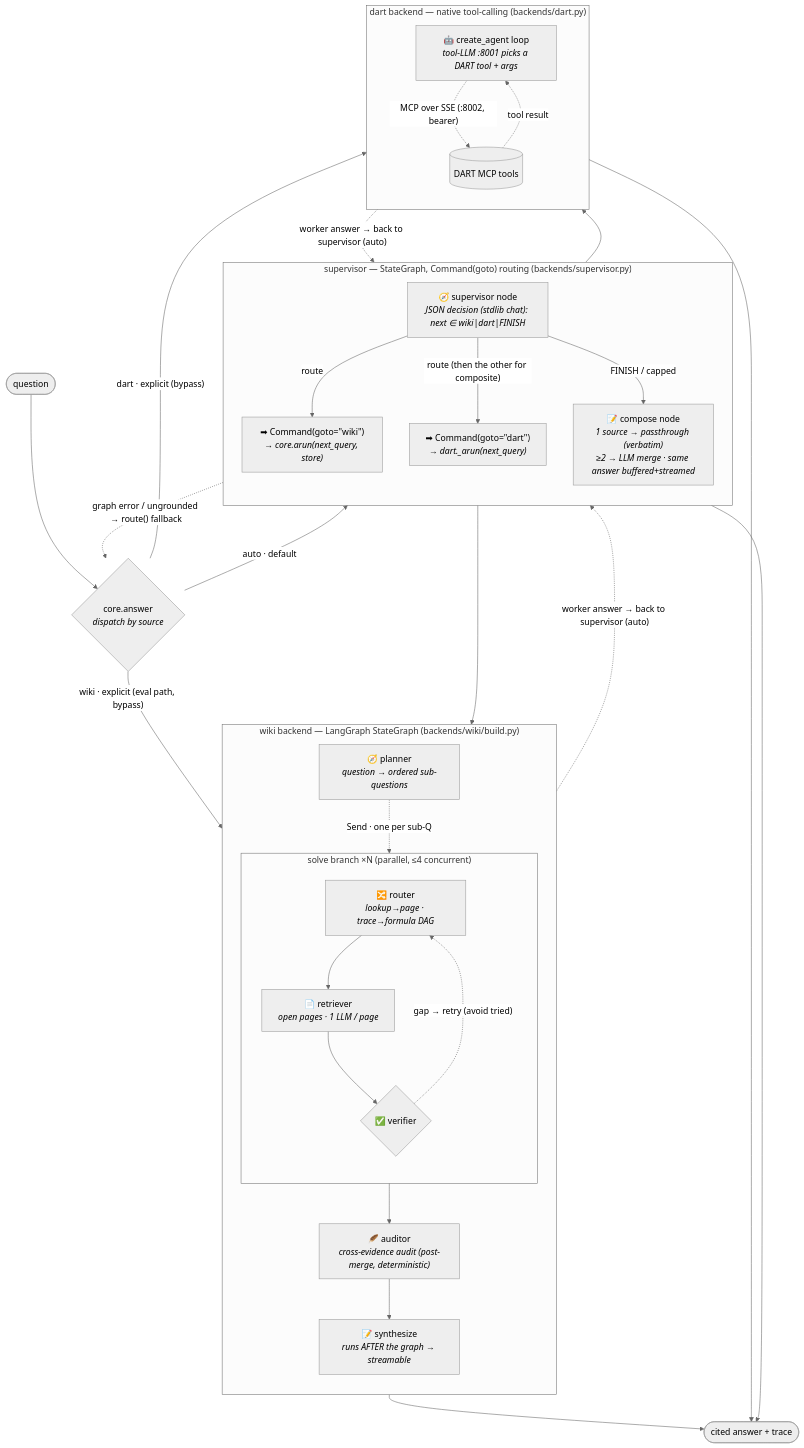
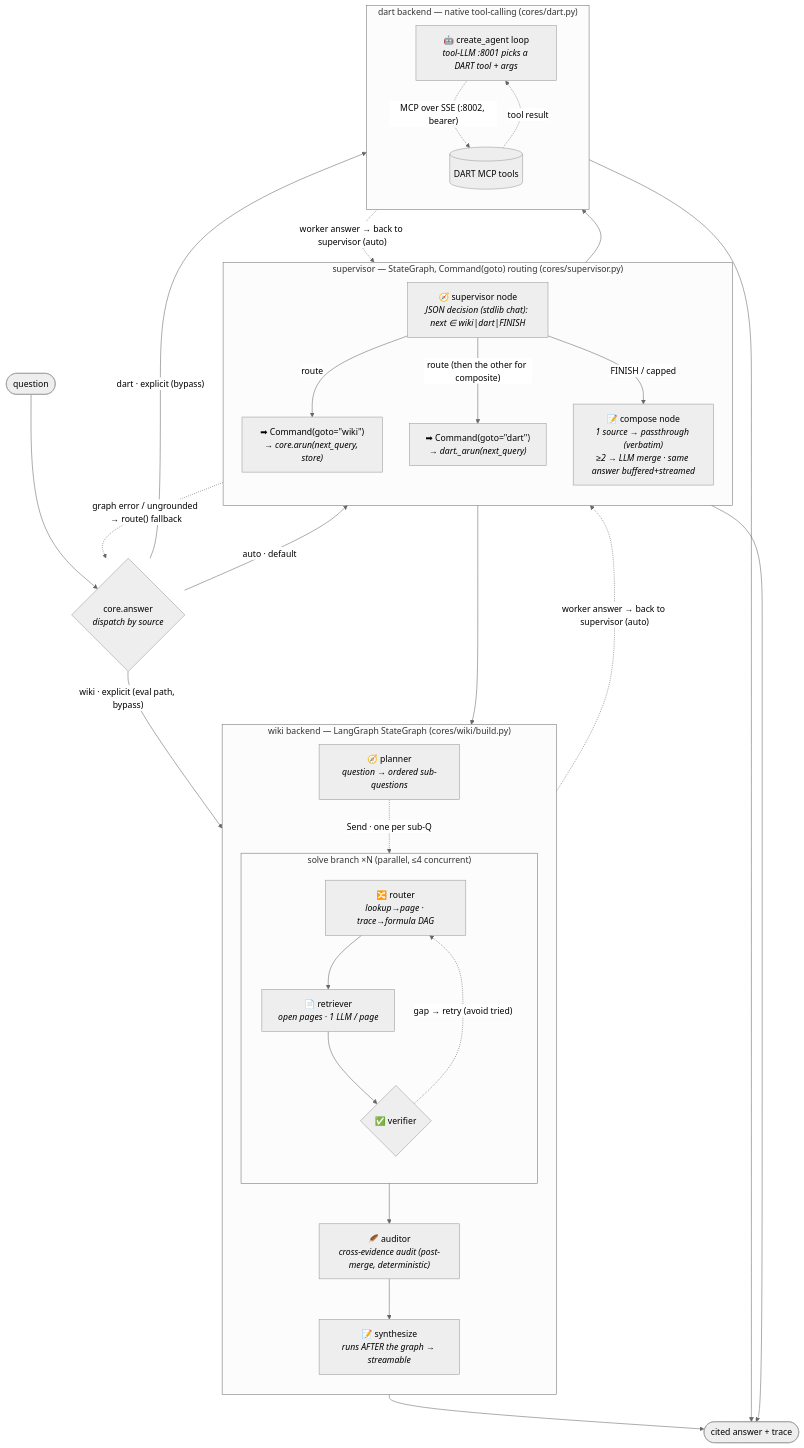
The first of 3 diagrams in docs/agent_graph.md (hl-hyunju-park/MA), drawn with Mermaid (neutral theme) before and after one commit. The commit also changed other lines of this file and 89 other files, not shown here.

````diff
--- a/docs/agent_graph.md
+++ b/docs/agent_graph.md
@@ -44,50 +44,50 @@
 ```mermaid
 flowchart TD;
   Q(["question"]) --> AN{"core.answer<br/><i>dispatch by source</i>"};
   AN -- "auto · default" --> SUP;
   AN -- "wiki · explicit (eval path, bypass)" --> WIKI;
   AN -- "dart · explicit (bypass)" --> DART;
 
-  subgraph SUP["supervisor — StateGraph, Command(goto) routing (backends/supervisor.py)"];
+  subgraph SUP["supervisor — StateGraph, Command(goto) routing (cores/supervisor.py)"];
     direction TB;
     SA["🧭 supervisor node<br/><i>JSON decision (stdlib chat): next ∈ wiki|dart|FINISH</i>"];
     TW["➡ Command(goto=&quot;wiki&quot;)<br/><i>→ core.arun(next_query, store)</i>"];
     TD["➡ Command(goto=&quot;dart&quot;)<br/><i>→ dart._arun(next_query)</i>"];
     SA -- "route" --> TW;
     SA -- "route (then the other for composite)" --> TD;
     SA -- "FINISH / capped" --> SC["📝 compose node<br/><i>1 source → passthrough (verbatim)<br/>≥2 → LLM merge · same answer buffered+streamed</i>"];
   end;
   SUP -. "graph error / ungrounded → route() fallback" .-> AN;
 
   TW --> WIKI;
   TD --> DART;
 
-  subgraph WIKI["wiki backend — LangGraph StateGraph (backends/wiki/build.py)"];
+  subgraph WIKI["wiki backend — LangGraph StateGraph (cores/wiki/build.py)"];
     direction TB;
     P["🧭 planner<br/><i>question → ordered sub-questions</i>"];
     subgraph SB["solve branch ×N (parallel, ≤4 concurrent)"];
       direction TB;
       R["🔀 router<br/><i>lookup→page · trace→formula DAG</i>"] --> TR["📄 retriever<br/><i>open pages · 1 LLM / page</i>"];
       TR --> V{"✅ verifier"};
       V -. "gap → retry (avoid tried)" .-> R;
     end;
     P -. "Send · one per sub-Q" .-> SB;
     SB --> AU["🪶 auditor<br/><i>cross-evidence audit (post-merge, deterministic)</i>"];
     AU --> SY["📝 synthesize<br/><i>runs AFTER the graph → streamable</i>"];
   end;
 
-  subgraph DART["dart backend — native tool-calling (backends/dart.py)"];
+  subgraph DART["dart backend — native tool-calling (cores/dart.py)"];
     direction TB;
     DA["🤖 create_agent loop<br/><i>tool-LLM :8001 picks a DART tool + args</i>"];
     DT[("DART MCP tools")];
     DA -. "MCP over SSE (:8002, bearer)" .-> DT;
     DT -. "tool result" .-> DA;
   end;
 
   WIKI -. "worker answer → back to supervisor (auto)" .-> SA;
   DART -. "worker answer → back to supervisor (auto)" .-> SA;
 
   SC --> A(["cited answer + trace"]);
   WIKI --> A;
   DART --> A;
 ```
````
